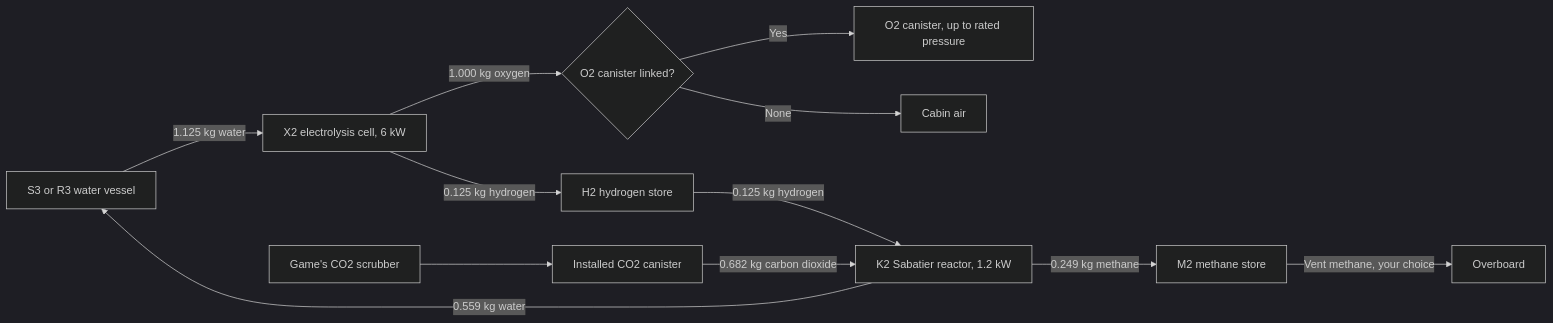
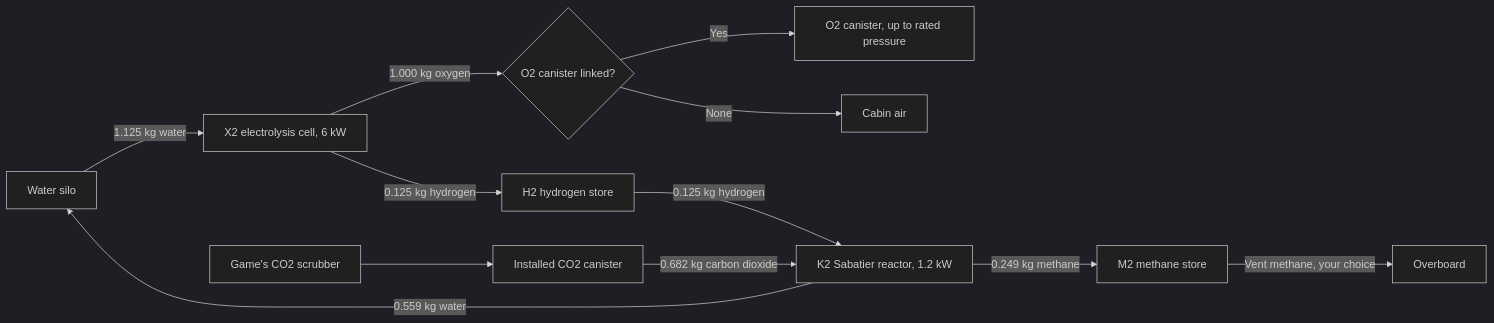
The second of 6 diagrams in docs/manufacturing-player-guide.md (phobos-dthorga/phobos-ostranauts), drawn with Mermaid (dark theme) before and after one commit. The commit also changed other lines of this file and 126 other files, not shown here.

First line of the commit message:
Water silo ladder in Framework, reservoirs converted: Framework 0.58.0

````diff
--- a/docs/manufacturing-player-guide.md
+++ b/docs/manufacturing-player-guide.md
@@ -202,14 +202,14 @@
 ```mermaid
 flowchart LR
-    Vessel["S3 or R3 water vessel"] -->|1.125 kg water| X2["X2 electrolysis cell, 6 kW"]
+    Vessel["Water silo"] -->|1.125 kg water| X2["X2 electrolysis cell, 6 kW"]
     X2 -->|1.000 kg oxygen| O2{"O2 canister linked?"}
     O2 -->|Yes| Canister["O2 canister, up to rated pressure"]
     O2 -->|None| Cabin["Cabin air"]
     X2 -->|0.125 kg hydrogen| H2["H2 hydrogen store"]
     Scrubber["Game's CO2 scrubber"] --> CO2["Installed CO2 canister"]
     H2 -->|0.125 kg hydrogen| K2["K2 Sabatier reactor, 1.2 kW"]
     CO2 -->|0.682 kg carbon dioxide| K2
     K2 -->|0.559 kg water| Vessel
     K2 -->|0.249 kg methane| M2["M2 methane store"]
     M2 -->|Vent methane, your choice| Space["Overboard"]
 ```
````
